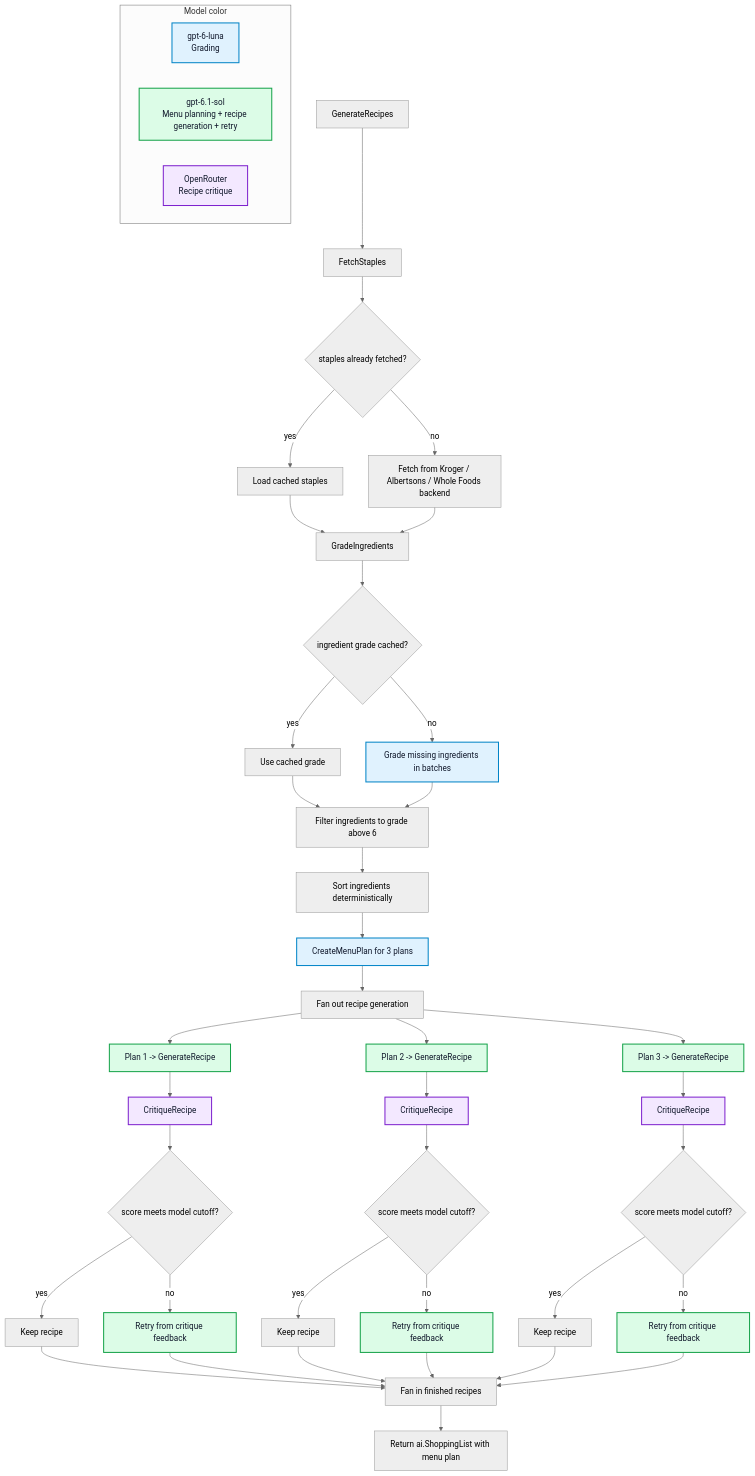
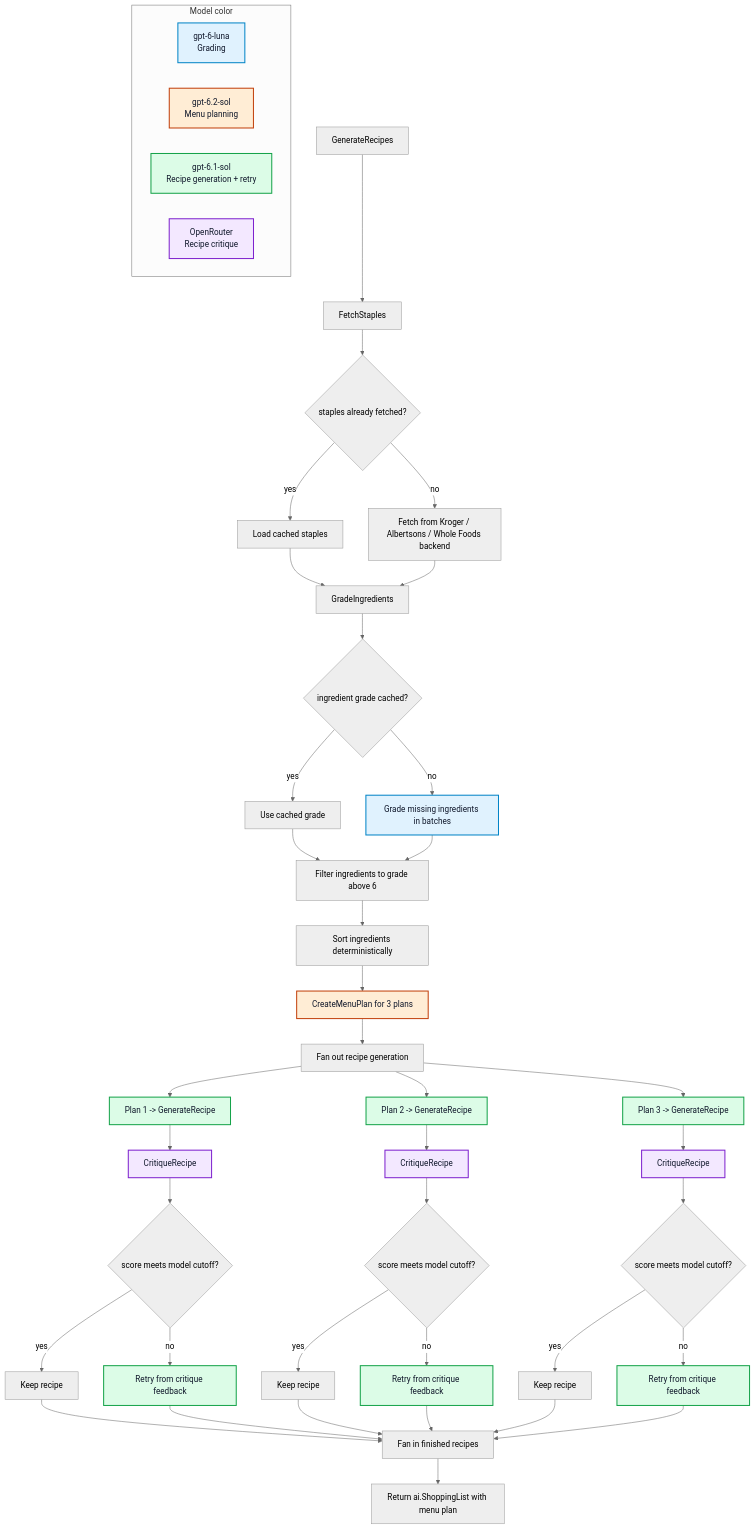
The diagram in docs/recipe-generation-walkthrough.md (paulgmiller/careme), drawn with Mermaid (neutral theme) before and after one commit. The commit also changed other lines of this file and 19 other files, not shown here.

````diff
--- a/docs/recipe-generation-walkthrough.md
+++ b/docs/recipe-generation-walkthrough.md
@@ -7,62 +7,65 @@
 ```mermaid
 flowchart TD
     subgraph Legend["Model color"]
         MiniLegend["gpt-6-luna<br/>Grading"]
-        RecipeModelLegend["gpt-6.1-sol<br/>Menu planning + recipe generation + retry"]
+        MenuModelLegend["gpt-6.2-sol<br/>Menu planning"]
+        RecipeModelLegend["gpt-6.1-sol<br/>Recipe generation + retry"]
         OpenRouterLegend["OpenRouter<br/>Recipe critique"]
     end
 
     A["GenerateRecipes"] --> B["FetchStaples"]
     B --> C{"staples already fetched?"}
     C -- "yes" --> D["Load cached staples"]
     C -- "no" --> E["Fetch from Kroger / Albertsons / Whole Foods backend"]
     E --> G["GradeIngredients"]
     D --> G
 
     G --> H{"ingredient grade cached?"}
     H -- "yes" --> I["Use cached grade"]
     H -- "no" --> J["Grade missing ingredients in batches"]
     I --> L["Filter ingredients to grade above 6"]
     J --> L
 
     L --> M["Sort ingredients deterministically"]
     M --> N["CreateMenuPlan for 3 plans"]
     N --> O["Fan out recipe generation"]
 
     O --> P1["Plan 1 -> GenerateRecipe"]
     O --> P2["Plan 2 -> GenerateRecipe"]
     O --> P3["Plan 3 -> GenerateRecipe"]
 
     P1 --> R1["CritiqueRecipe"]
     P2 --> R2["CritiqueRecipe"]
     P3 --> R3["CritiqueRecipe"]
 
     R1 --> S1{"score meets model cutoff?"}
     R2 --> S2{"score meets model cutoff?"}
     R3 --> S3{"score meets model cutoff?"}
 
     S1 -- "yes" --> T1["Keep recipe"]
     S2 -- "yes" --> T2["Keep recipe"]
     S3 -- "yes" --> T3["Keep recipe"]
 
     S1 -- "no" --> U1["Retry from critique feedback"]
     S2 -- "no" --> U2["Retry from critique feedback"]
     S3 -- "no" --> U3["Retry from critique feedback"]
 
     T1 --> W["Fan in finished recipes"]
     T2 --> W
     T3 --> W
     U1 --> W
     U2 --> W
     U3 --> W
 
     W --> X["Return ai.ShoppingList with menu plan"]
 
     classDef mini fill:#e0f2fe,stroke:#0284c7,color:#0f172a,stroke-width:2px
+    classDef menuModel fill:#ffedd5,stroke:#c2410c,color:#0f172a,stroke-width:2px
     classDef recipeModel fill:#dcfce7,stroke:#16a34a,color:#0f172a,stroke-width:2px
     classDef openrouter fill:#f3e8ff,stroke:#7e22ce,color:#0f172a,stroke-width:2px
 
-    class MiniLegend,J,N mini
+    class MiniLegend,J mini
+    class MenuModelLegend,N menuModel
     class RecipeModelLegend,P1,P2,P3,U1,U2,U3 recipeModel
     class OpenRouterLegend,R1,R2,R3 openrouter
 ```
````
